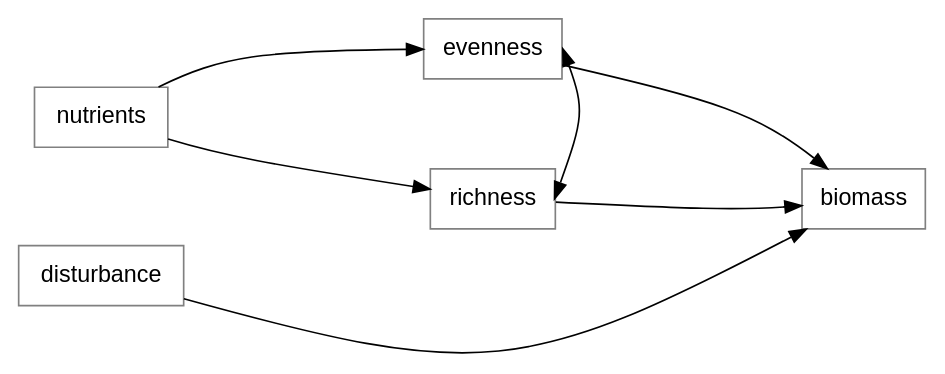
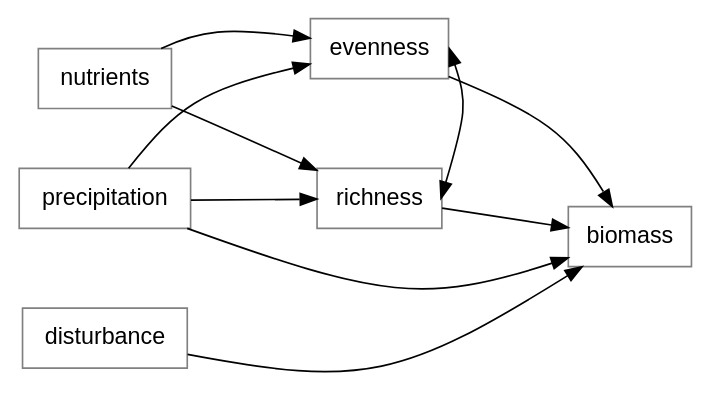
Before and after one commit to pennekampster/Swiss_SEM: diagram 22 of 25 in 5_Slides/Intro_to_SEM_part1.qmd, drawn with Graphviz. The commit also changed other lines of this file and 1 other file, not shown here.

````diff
--- a/5_Slides/Intro_to_SEM_part1.qmd
+++ b/5_Slides/Intro_to_SEM_part1.qmd
@@ -1280,30 +1282,32 @@
 ```{dot}
 //| fig-width: 6
 digraph  {
 
    # a 'graph' statement
-  graph [overlap = false, fontsize = 10, rankdir = LR, ranksep=2, splines=curved]
+  graph [overlap = false, fontsize = 10, rankdir = LR, ranksep=1, splines=curved]
 
   # several 'node' statements
   node [shape = box,
         fontname = Helvetica, color="gray"]
   
         evenness, richness;
         nutrients;
         disturbance;
+        precipitation;
 
     nutrients->richness;
     nutrients->evenness;
+    precipitation->richness;
+    precipitation->evenness;
     disturbance -> biomass;
-
-     biomass; 
+    precipitation -> biomass;
 
     evenness:e-> richness:e [dir=both; minlen=3] ;
 
     evenness->biomass ;
     richness->biomass ;
   
  { rank="same"; nutrients; disturbance}
  { rank="same"; evenness; richness}
 }
 ```
````
